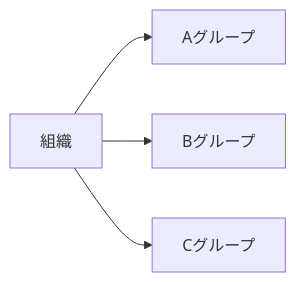
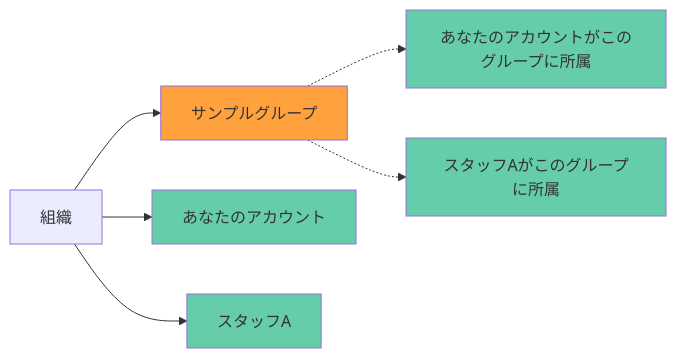
The second of 2 diagrams in content/org/_index.md (sndbox-llc/hugo_nipo_plus), drawn with Mermaid before and after one commit. The commit also changed other lines of this file, not shown here.

```diff
--- a/content/org/_index.md
+++ b/content/org/_index.md
@@ -11,6 +41,10 @@
 {{<mermaid align="center">}}
 graph LR;
-  組織 --> Aグループ
-  組織 --> Bグループ
-  組織 --> Cグループ
+  classDef class2 fill:#ffa23e
+  classDef class1 fill:#66cdaa
+  組織 --> サンプルグループ
+  サンプルグループ:::class2 .-> あなたのアカウントがこのグループに所属:::class1
+  サンプルグループ .-> スタッフAがこのグループに所属:::class1
+  組織 --> あなたのアカウント:::class1
+  組織 --> スタッフA:::class1
 {{< /mermaid >}}
```
